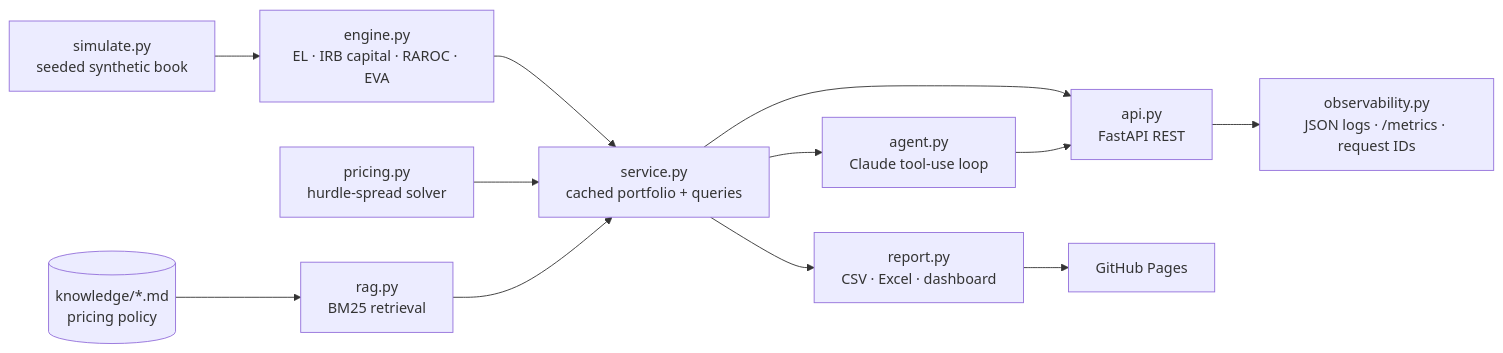
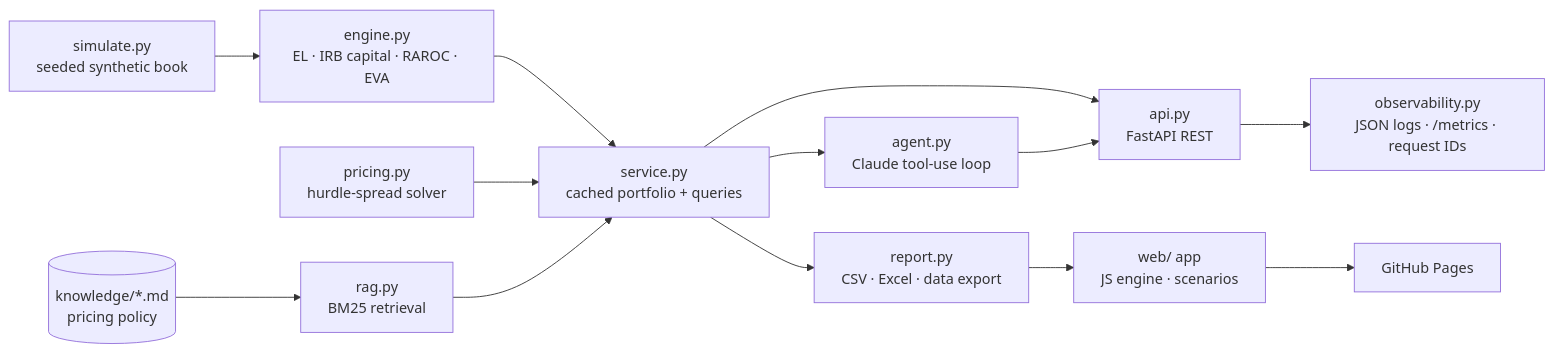
The diagram in README.md (ketibak-ai/commercial-lending-raroc), drawn with Mermaid before and after one commit. The commit also changed other lines of this file and 14 other files, not shown here.

First line of the commit message:
Interactive web app: all accounts, relationship drill-down, scenarios

````diff
--- a/README.md
+++ b/README.md
@@ -58,14 +69,15 @@
 ```mermaid
 flowchart LR
     SIM[simulate.py<br/>seeded synthetic book] --> ENG[engine.py<br/>EL · IRB capital · RAROC · EVA]
     ENG --> SVC[service.py<br/>cached portfolio + queries]
     PRC[pricing.py<br/>hurdle-spread solver] --> SVC
     KB[(knowledge/*.md<br/>pricing policy)] --> RAG[rag.py<br/>BM25 retrieval]
     RAG --> SVC
     SVC --> API[api.py<br/>FastAPI REST]
     SVC --> AG[agent.py<br/>Claude tool-use loop]
     AG --> API
-    SVC --> REP[report.py<br/>CSV · Excel · dashboard]
-    REP --> PAGES[GitHub Pages]
+    SVC --> REP[report.py<br/>CSV · Excel · data export]
+    REP --> WEB[web/ app<br/>JS engine · scenarios]
+    WEB --> PAGES[GitHub Pages]
     API --> OBS[observability.py<br/>JSON logs · /metrics · request IDs]
 ```
````
